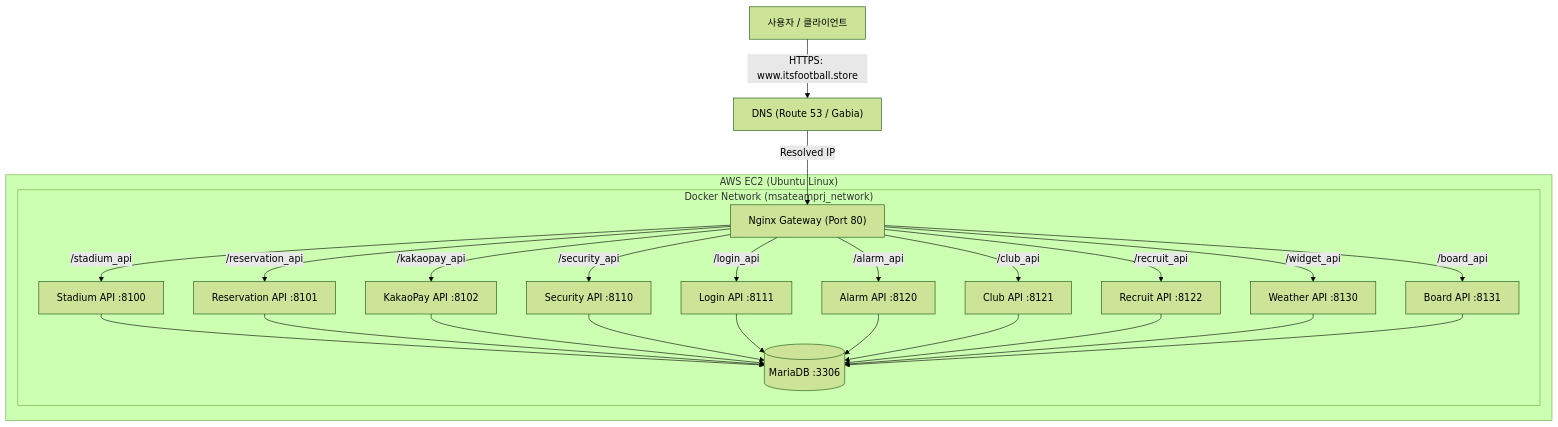
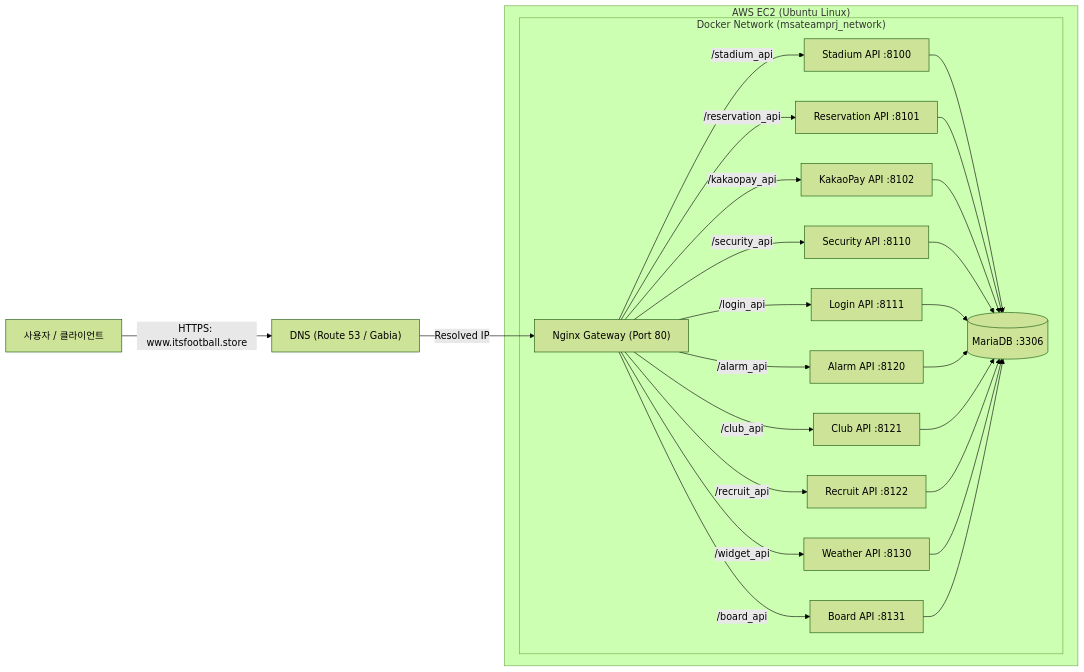
Before and after one commit to Kyj-8754/KosaFootballCommunity: the diagram in README.md, drawn with Mermaid (forest theme).

Commit message:
아키텍쳐 그림 방향 변경

````diff
--- a/README.md
+++ b/README.md
@@ -14,33 +14,33 @@
 ```mermaid
-graph TD
+graph LR
     User["사용자 / 클라이언트"] -->|"HTTPS: www.itsfootball.store"| DNS["DNS (Route 53 / Gabia)"]
     DNS -->|"Resolved IP"| Nginx["Nginx Gateway (Port 80)"]
     
     subgraph "AWS EC2 (Ubuntu Linux)"
         subgraph "Docker Network (msateamprj_network)"
             Nginx
             
             Nginx -->|"/stadium_api"| Stadium["Stadium API :8100"]
             Nginx -->|"/reservation_api"| Reservation["Reservation API :8101"]
             Nginx -->|"/kakaopay_api"| KakaoPay["KakaoPay API :8102"]
             Nginx -->|"/security_api"| Security["Security API :8110"]
             Nginx -->|"/login_api"| Login["Login API :8111"]
             Nginx -->|"/alarm_api"| Alarm["Alarm API :8120"]
             Nginx -->|"/club_api"| Club["Club API :8121"]
             Nginx -->|"/recruit_api"| Recruit["Recruit API :8122"]
             Nginx -->|"/widget_api"| Weather["Weather API :8130"]
             Nginx -->|"/board_api"| Board["Board API :8131"]
             
             Stadium --> DB[("MariaDB :3306")]
             Reservation --> DB
             KakaoPay --> DB
             Security --> DB
             Login --> DB
             Alarm --> DB
             Club --> DB
             Recruit --> DB
             Weather --> DB
             Board --> DB
         end
     end
 ```
````
